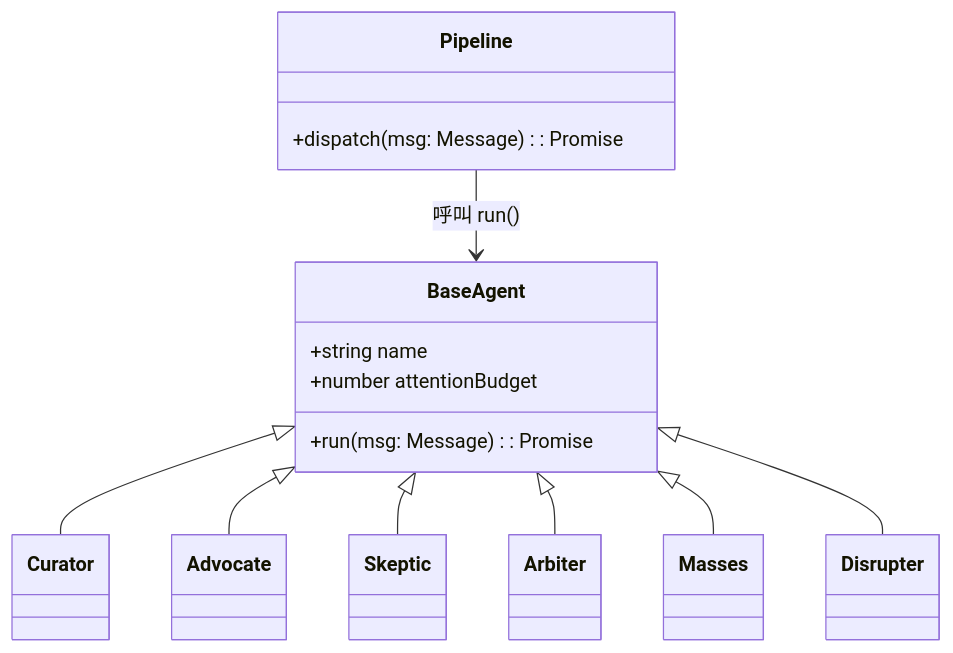
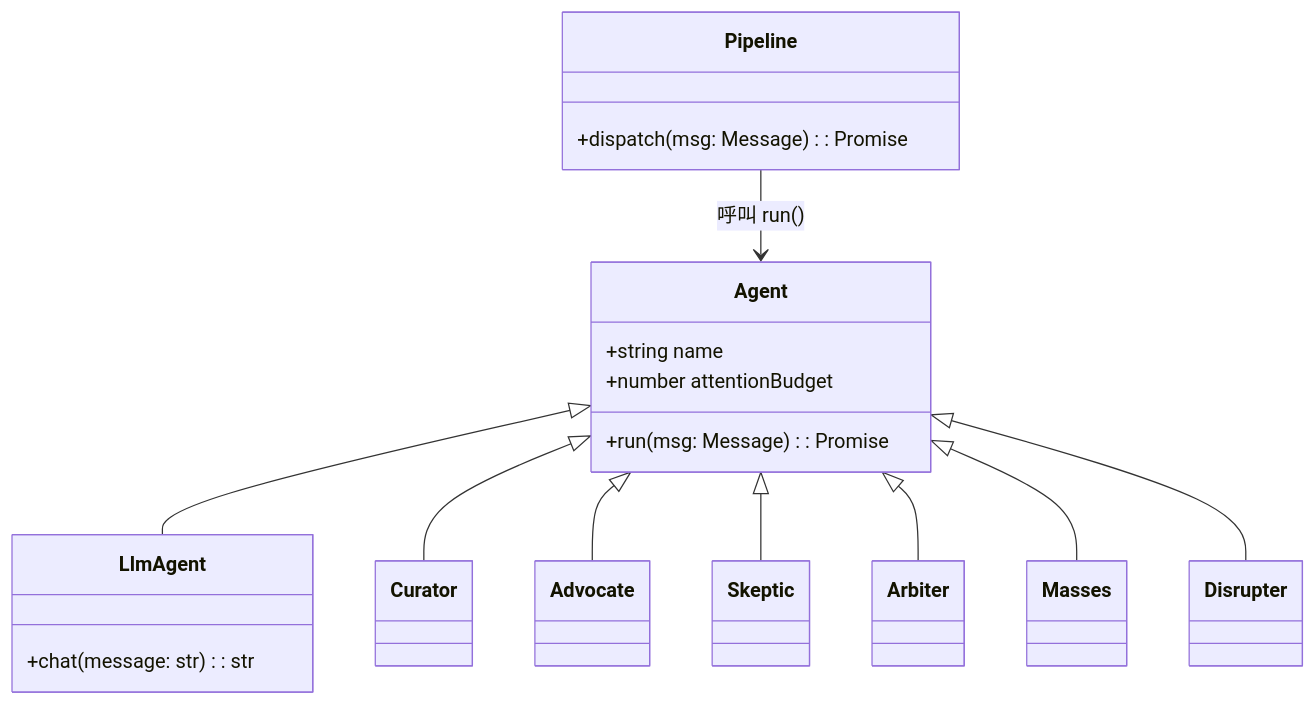
One commit to Grasonyang/Agent-Judge changed the first of 10 diagrams in ARCHITECTURE.md. Above: the diagram before and after it, drawn with Mermaid. The commit also changed other lines of this file, not shown here.

Commit message:
docs: 更新架構文件以使用 ADK Agent

````diff
--- a/ARCHITECTURE.md
+++ b/ARCHITECTURE.md
@@ -45,18 +29,22 @@
 ```mermaid
 classDiagram
     class Pipeline {
         +dispatch(msg: Message): Promise<void>
     }
-    class BaseAgent {
+    class Agent {
         +string name
         +number attentionBudget
         +run(msg: Message): Promise<Message>
     }
-    Pipeline --> BaseAgent : 呼叫 run()
-    BaseAgent <|-- Curator
-    BaseAgent <|-- Advocate
-    BaseAgent <|-- Skeptic
-    BaseAgent <|-- Arbiter
-    BaseAgent <|-- Masses
-    BaseAgent <|-- Disrupter
+    class LlmAgent {
+        +chat(message: str): str
+    }
+    Pipeline --> Agent : 呼叫 run()
+    Agent <|-- LlmAgent
+    Agent <|-- Curator
+    Agent <|-- Advocate
+    Agent <|-- Skeptic
+    Agent <|-- Arbiter
+    Agent <|-- Masses
+    Agent <|-- Disrupter
 ```
````
